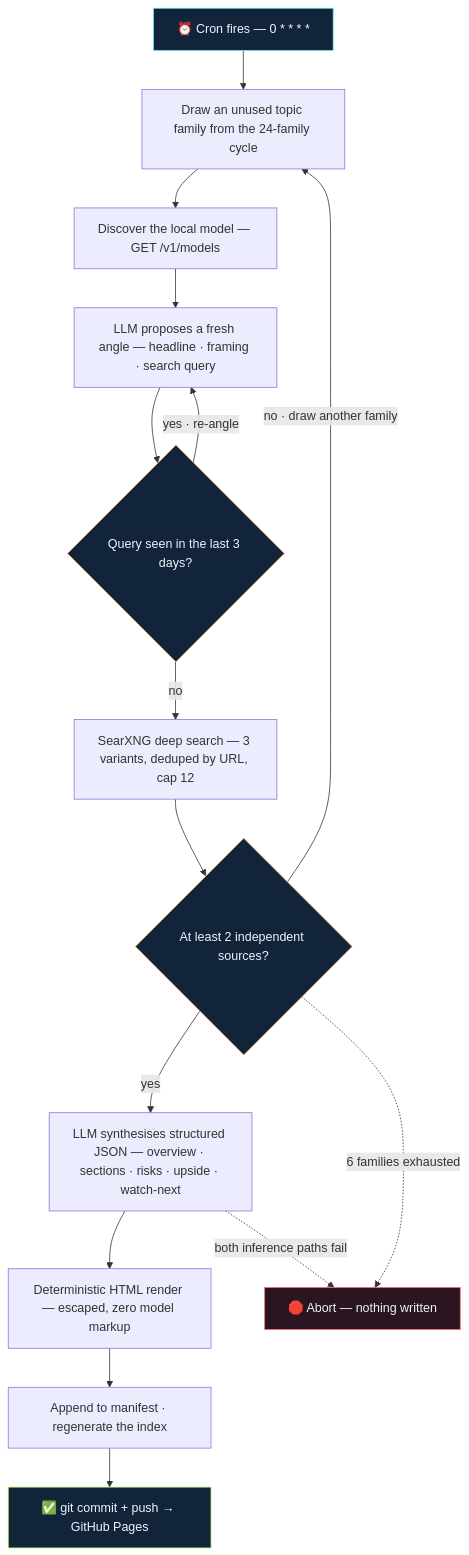
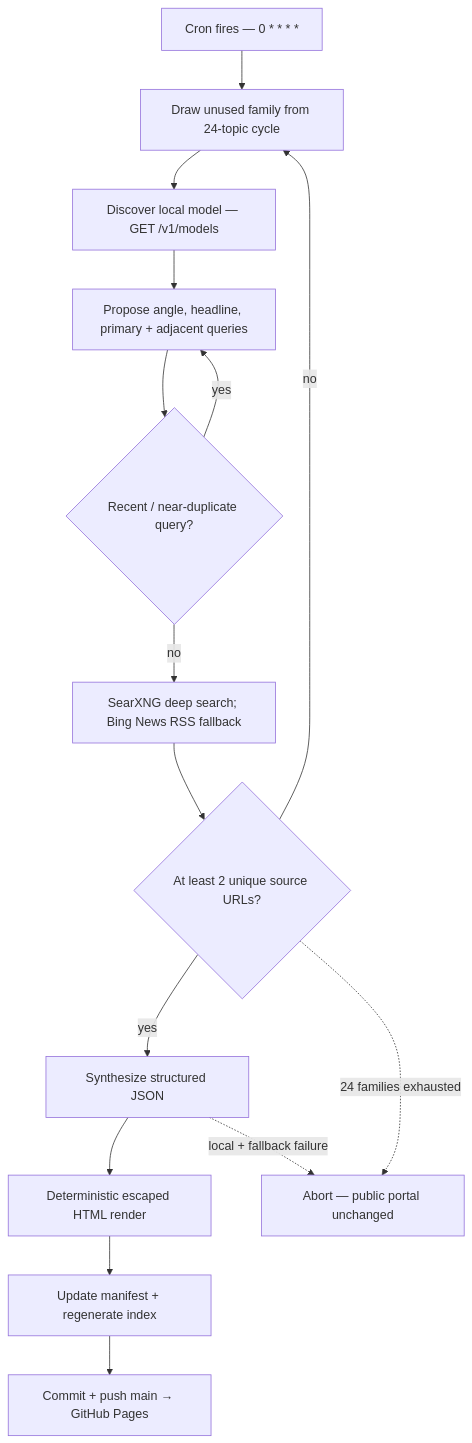
The diagram in README.md (c1t1zen1/HTML), drawn with Mermaid before and after one commit. The commit also changed other lines of this file, not shown here.

Commit message:
docs(markgitup): document weather hero and portal behavior

````diff
--- a/README.md
+++ b/README.md
@@ -88,24 +65,17 @@
 ```mermaid
 flowchart TD
-    A["⏰ Cron fires — 0 * * * *"] --> B["Draw an unused topic family from the 24-family cycle"]
-    B --> C["Discover the local model — GET /v1/models"]
-    C --> D["LLM proposes a fresh angle — headline · framing · search query"]
-    D --> E{"Query seen in the last 3 days?"}
-    E -- "yes · re-angle" --> D
-    E -- "no" --> F["SearXNG deep search — 3 variants, deduped by URL, cap 12"]
-    F --> G{"At least 2 independent sources?"}
-    G -- "no · draw another family" --> B
-    G -- "yes" --> H["LLM synthesises structured JSON — overview · sections · risks · upside · watch-next"]
-    H --> I["Deterministic HTML render — escaped, zero model markup"]
-    I --> J["Append to manifest · regenerate the index"]
-    J --> K["✅ git commit + push → GitHub Pages"]
-
-    G -. "6 families exhausted" .-> X["🛑 Abort — nothing written"]
-    H -. "both inference paths fail" .-> X
-
-    style A fill:#12243a,stroke:#5ee7ed,color:#eef4ff
-    style K fill:#12243a,stroke:#b8f36b,color:#eef4ff
-    style X fill:#2a1520,stroke:#ff6b6b,color:#eef4ff
-    style E fill:#12243a,stroke:#ffb86c,color:#eef4ff
-    style G fill:#12243a,stroke:#ffb86c,color:#eef4ff
+    A["Cron fires — 0 * * * *"] --> B["Draw unused family from 24-topic cycle"]
+    B --> C["Discover local model — GET /v1/models"]
+    C --> D["Propose angle, headline, primary + adjacent queries"]
+    D --> E{"Recent / near-duplicate query?"}
+    E -- "yes" --> D
+    E -- "no" --> F["SearXNG deep search; Bing News RSS fallback"]
+    F --> G{"At least 2 unique source URLs?"}
+    G -- "no" --> B
+    G -- "yes" --> H["Synthesize structured JSON"]
+    H --> I["Deterministic escaped HTML render"]
+    I --> J["Update manifest + regenerate index"]
+    J --> K["Commit + push main → GitHub Pages"]
+    G -. "24 families exhausted" .-> X["Abort — public portal unchanged"]
+    H -. "local + fallback failure" .-> X
 ```
````
